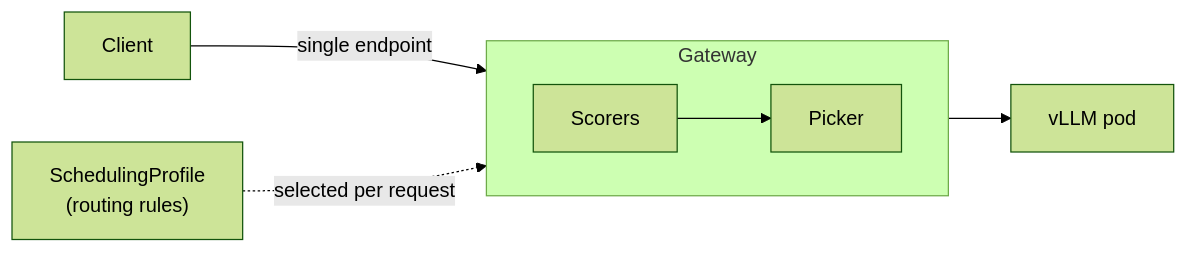
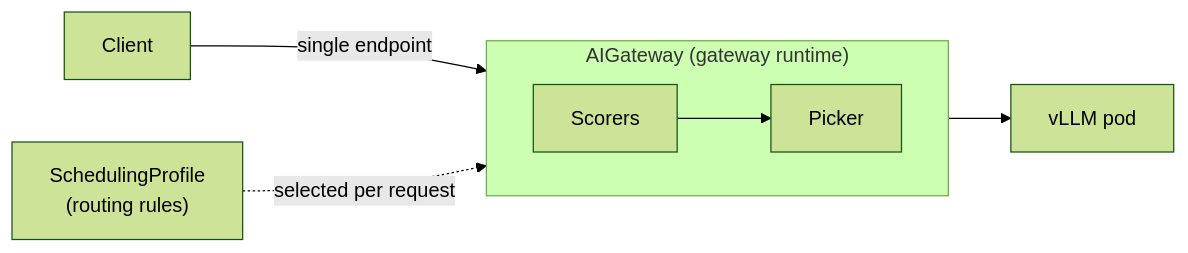
Before and after one commit to moreh-dev/mif: the diagram in skills/guide-heimdall/SKILL.md, drawn with Mermaid (forest theme). The commit also changed other lines of this file and 1 other file, not shown here.

Commit message:
MAF-20256: fix(guide-heimdall): address Copilot round 3
- request-flow mermaid: use a single `GW` subgraph (with label) instead of a
  `Gateway` node plus `subgraph Gateway` — the shared id collided and could break
  rendering (verified valid via the Mermaid renderer)
- CRD + operator install snippets: add `--version <version>` and
  `--create-namespace`, matching the guide's own advice to pin the version
- eval id 1: drop the stale `config.blockSize must match --block-size` guidance
  (a leftover from the pre-rewrite snapshot). The block size is sourced from the
  pod's InferenceWorker (`modelCard.kvCacheBlockSize`), not a scorer config key,
  so the eval now matches the rewritten skill

````diff
--- a/skills/guide-heimdall/SKILL.md
+++ b/skills/guide-heimdall/SKILL.md
@@ -44,10 +44,10 @@
 ```mermaid
 flowchart LR
-    Client -->|single endpoint| Gateway["AIGateway<br>(gateway runtime)"]
-    subgraph Gateway
+    Client -->|single endpoint| GW
+    SP["SchedulingProfile<br>(routing rules)"] -. selected per request .-> GW
+    subgraph GW["AIGateway (gateway runtime)"]
         direction LR
         Scorers --> Picker
     end
-    SP["SchedulingProfile<br>(routing rules)"] -. selected per request .-> Gateway
-    Gateway --> Pod["vLLM pod"]
+    GW --> Pod["vLLM pod"]
 ```
````
